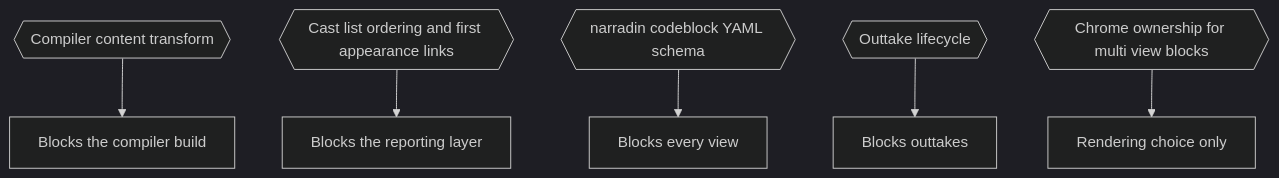
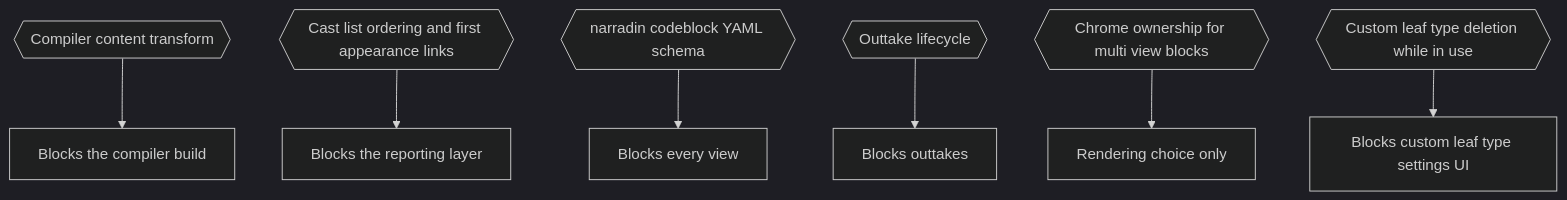
The diagram in docs/spec/15-open-questions.md (mlao-pdx/obsidian-plugin), drawn with Mermaid (dark theme) before and after one commit. The commit also changed other lines of this file and 12 other files, not shown here.

````diff
--- a/docs/spec/15-open-questions.md
+++ b/docs/spec/15-open-questions.md
@@ -24,18 +25,21 @@
 ```mermaid
 flowchart TD
     Q2{{Compiler content transform}}
     Q3{{Cast list ordering and first appearance links}}
     Q5{{narradin codeblock YAML schema}}
     Q16c{{Outtake lifecycle}}
     Q16d{{Chrome ownership for multi view blocks}}
+    Q17{{Custom leaf type deletion while in use}}
     B1[Blocks the compiler build]
     B2[Blocks the reporting layer]
     B3[Blocks every view]
     B4[Blocks outtakes]
     B5[Rendering choice only]
+    B6[Blocks custom leaf type settings UI]
     Q2 --> B1
     Q3 --> B2
     Q5 --> B3
     Q16c --> B4
     Q16d --> B5
+    Q17 --> B6
 ```
````
